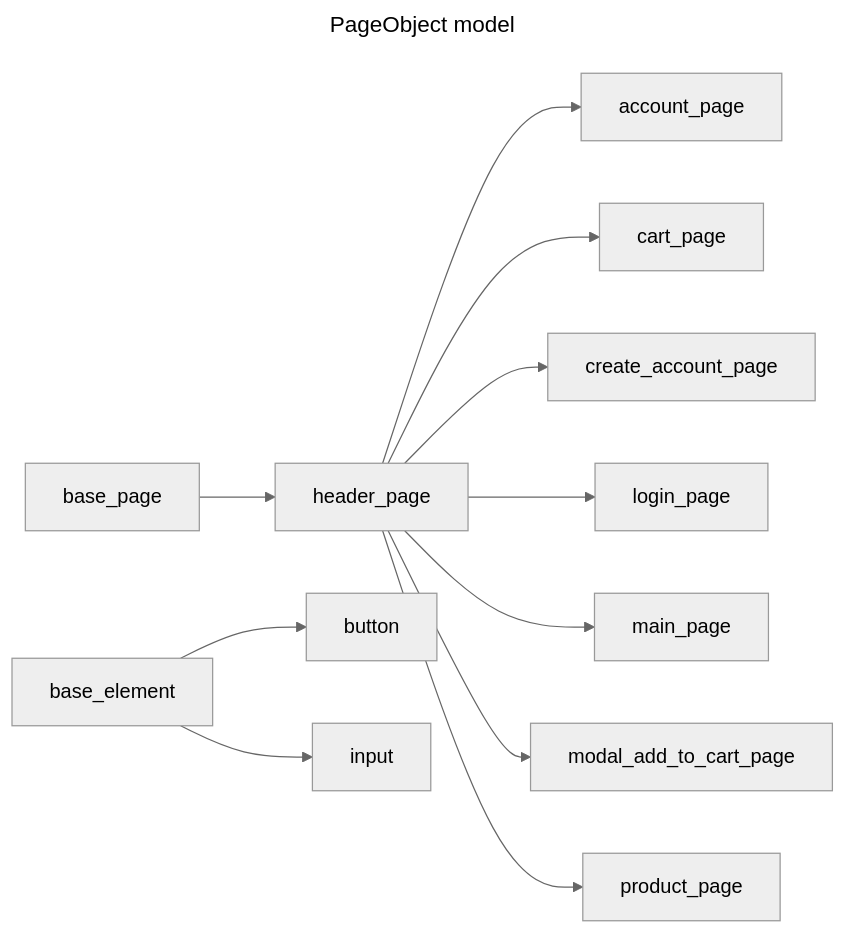
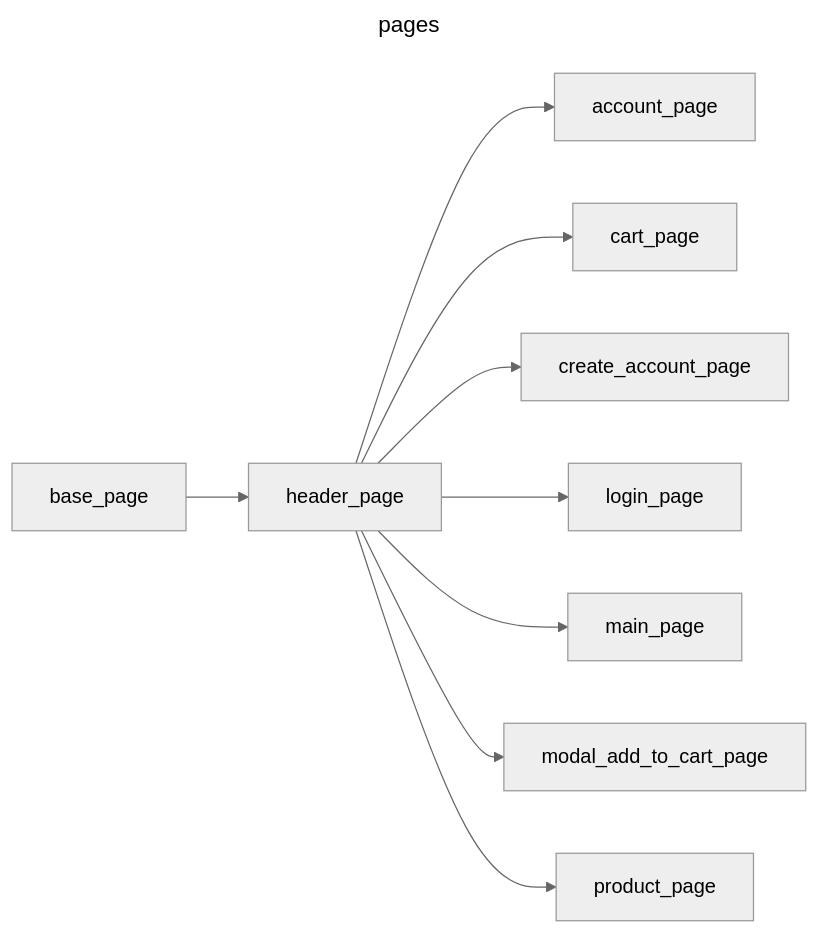
The first of 2 diagrams in README.md (shmurge/PWTestShopQA), drawn with Mermaid (neutral theme) before and after one commit.

````diff
--- a/README.md
+++ b/README.md
@@ -77,16 +77,14 @@
 ```mermaid
 ---
-title: PageObject model
+title: pages
 ---
 graph LR
 base_page --> header_page;
 header_page --> account_page;
 header_page --> cart_page;
 header_page --> create_account_page;
 header_page --> login_page;
 header_page --> main_page;
 header_page --> modal_add_to_cart_page;
 header_page --> product_page;
-base_element --> button;
-base_element --> input;
 ```
````
